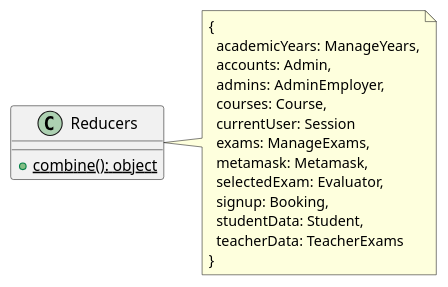
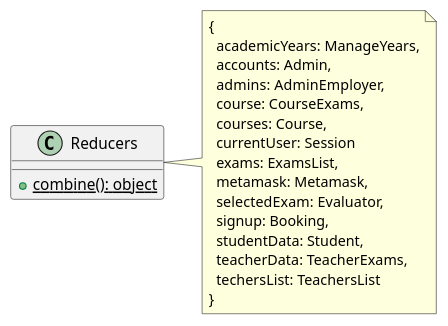
Before and after one commit to M9k/Marvin-Uml: the diagram in redux/aggregators/reducers.iuml, drawn with PlantUML. The commit also changed 7 other files, not shown here.

Commit message:
Spezzata pj di ManageExams

```diff
--- a/redux/aggregators/reducers.iuml
+++ b/redux/aggregators/reducers.iuml
@@ -1,18 +1,20 @@
 class Reducers{
   + {static} combine(): object
 }
 note right of Reducers
 {
   academicYears: ManageYears,
   accounts: Admin,
   admins: AdminEmployer,
+  course: CourseExams,
   courses: Course,
   currentUser: Session
-  exams: ManageExams,
+  exams: ExamsList,
   metamask: Metamask,
   selectedExam: Evaluator,
   signup: Booking,
   studentData: Student,
-  teacherData: TeacherExams
+  teacherData: TeacherExams,
+  techersList: TeachersList
 }
 end note
```
